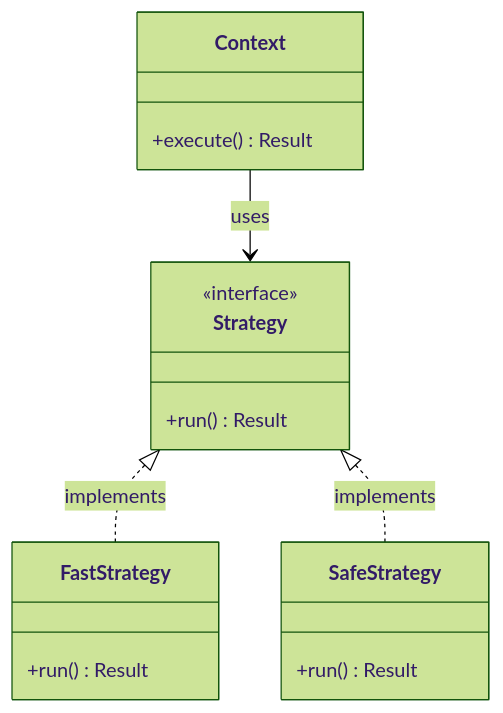
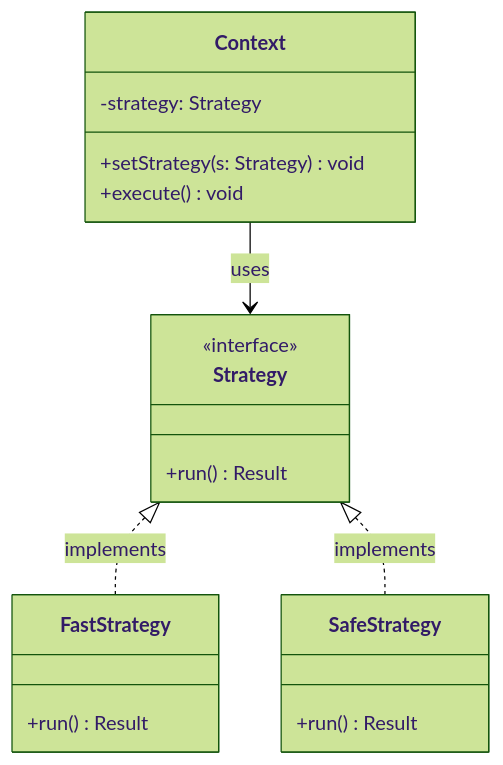
The third of 3 diagrams in docs/design-patterns/reading-patterns.md (shivam-g-mishra/blog), drawn with Mermaid (forest theme) before and after one commit. The commit also changed other lines of this file and 31 other files, not shown here.

````diff
--- a/docs/design-patterns/reading-patterns.md
+++ b/docs/design-patterns/reading-patterns.md
@@ -50,20 +163,25 @@
 ```mermaid
 classDiagram
     class Context {
-      +execute() Result
+        -strategy: Strategy
+        +setStrategy(s: Strategy) void
+        +execute() void
     }
+    
     class Strategy {
-      <<interface>>
-      +run() Result
+        <<interface>>
+        +run() Result
     }
+    
     class FastStrategy {
-      +run() Result
+        +run() Result
     }
+    
     class SafeStrategy {
-      +run() Result
+        +run() Result
     }
-
+    
     Context --> Strategy : uses
     Strategy <|.. FastStrategy : implements
     Strategy <|.. SafeStrategy : implements
 ```
````
